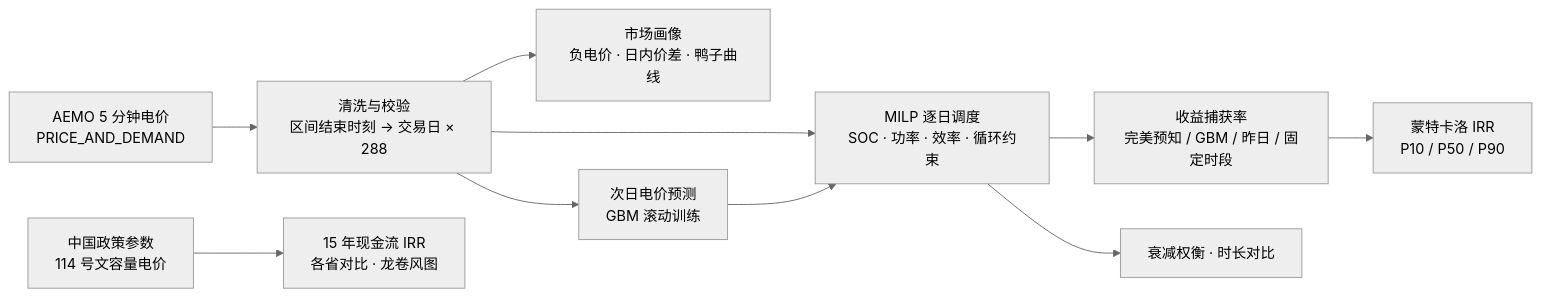
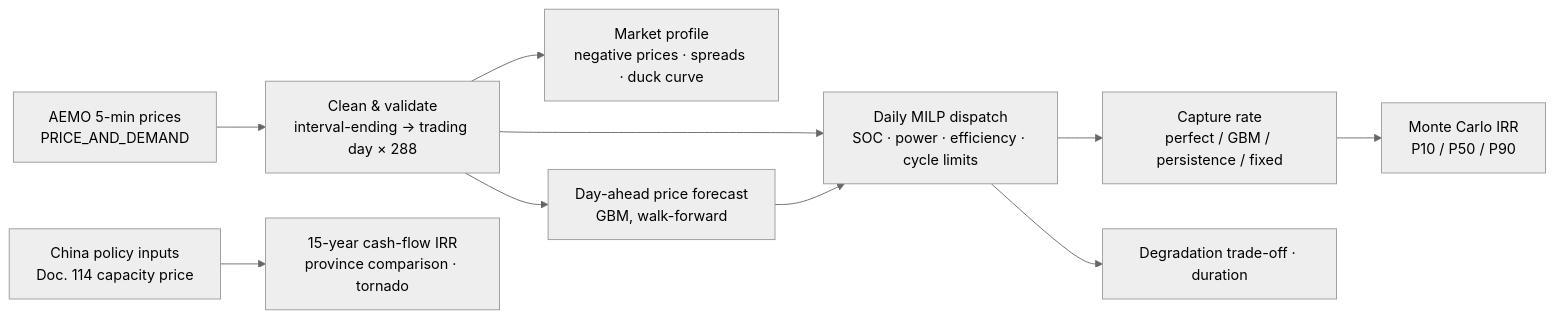
The diagram in README.md (StevenMa-creater/bess-economics), drawn with Mermaid (neutral theme) before and after one commit. The commit also changed other lines of this file and 8 other files, not shown here.

````diff
--- a/README.md
+++ b/README.md
@@ -87,12 +91,12 @@
 ```mermaid
 flowchart LR
-    A[AEMO 5 分钟电价<br/>PRICE_AND_DEMAND] --> B[清洗与校验<br/>区间结束时刻 → 交易日 × 288]
-    B --> C[市场画像<br/>负电价 · 日内价差 · 鸭子曲线]
-    B --> D[次日电价预测<br/>GBM 滚动训练]
-    B --> E[MILP 逐日调度<br/>SOC · 功率 · 效率 · 循环约束]
+    A[AEMO 5-min prices<br/>PRICE_AND_DEMAND] --> B[Clean & validate<br/>interval-ending → trading day × 288]
+    B --> C[Market profile<br/>negative prices · spreads · duck curve]
+    B --> D[Day-ahead price forecast<br/>GBM, walk-forward]
+    B --> E[Daily MILP dispatch<br/>SOC · power · efficiency · cycle limits]
     D --> E
-    E --> F[收益捕获率<br/>完美预知 / GBM / 昨日 / 固定时段]
-    E --> G[衰减权衡 · 时长对比]
-    F --> H[蒙特卡洛 IRR<br/>P10 / P50 / P90]
-    I[中国政策参数<br/>114 号文容量电价] --> J[15 年现金流 IRR<br/>各省对比 · 龙卷风图]
+    E --> F[Capture rate<br/>perfect / GBM / persistence / fixed]
+    E --> G[Degradation trade-off · duration]
+    F --> H[Monte Carlo IRR<br/>P10 / P50 / P90]
+    I[China policy inputs<br/>Doc. 114 capacity price] --> J[15-year cash-flow IRR<br/>province comparison · tornado]
 ```
````
